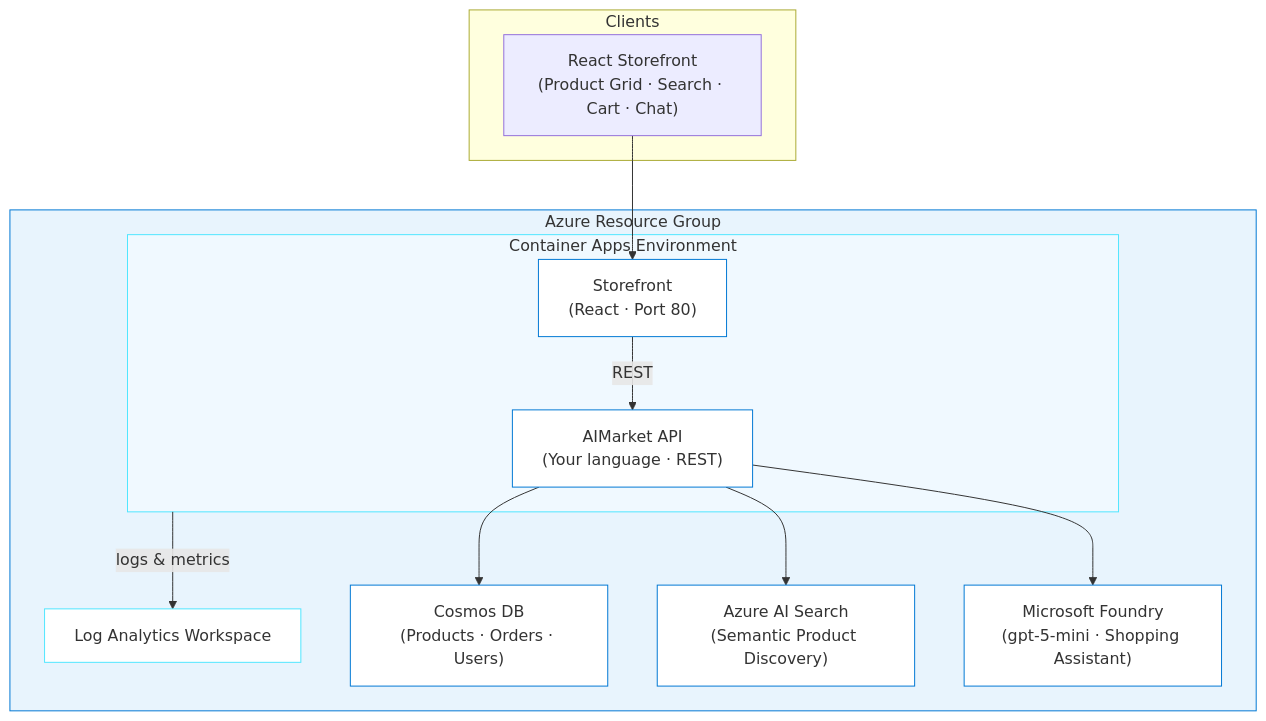
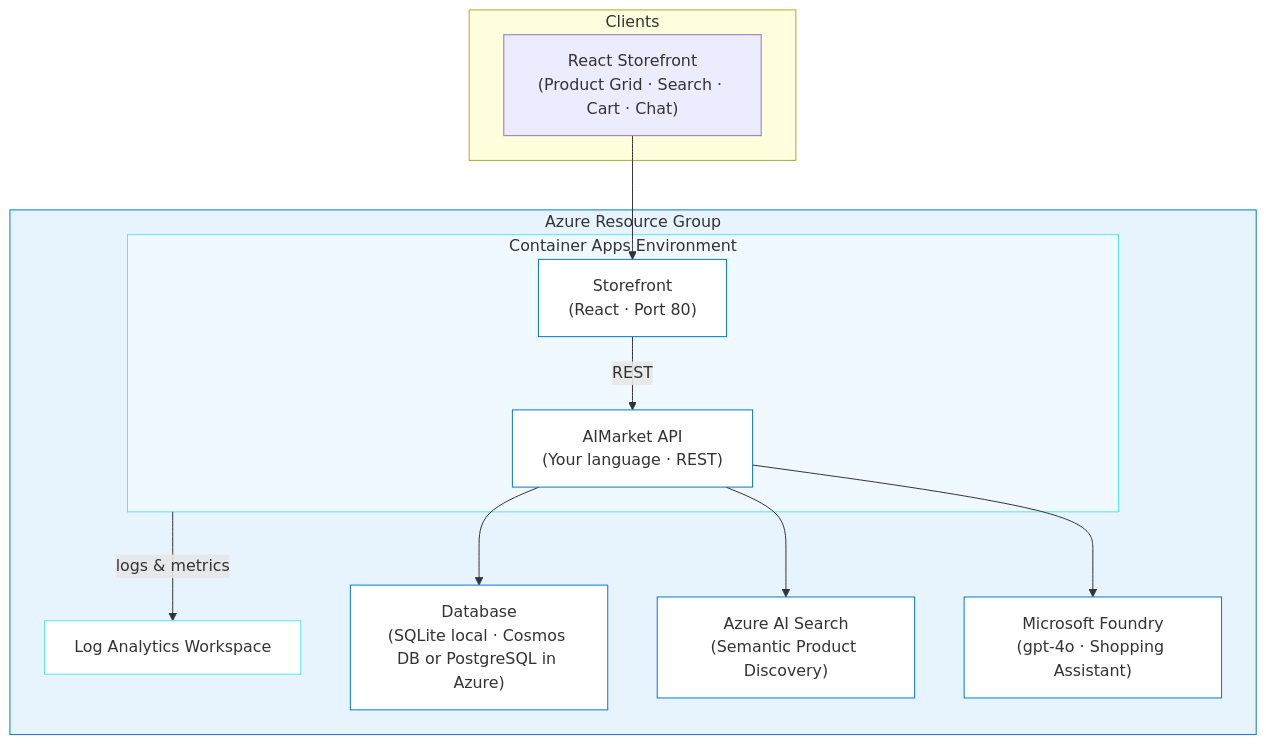
The diagram in journeys/aimarket/README.md (DanWahlin/github-azure-agentic-journeys), drawn with Mermaid before and after one commit. The commit also changed other lines of this file and 3 other files, not shown here.

````diff
--- a/journeys/aimarket/README.md
+++ b/journeys/aimarket/README.md
@@ -30,33 +30,33 @@
 ```mermaid
 graph TB
     subgraph Clients
         WEB["React Storefront<br/>(Product Grid · Search · Cart · Chat)"]
     end
 
     subgraph RG["Azure Resource Group"]
         LA["Log Analytics Workspace"]
         subgraph CAE["Container Apps Environment"]
             API["AIMarket API<br/>(Your language · REST)"]
             FRONTEND["Storefront<br/>(React · Port 80)"]
         end
-        COSMOS["Cosmos DB<br/>(Products · Orders · Users)"]
+        DB["Database<br/>(SQLite local · Cosmos DB or PostgreSQL in Azure)"]
         SEARCH["Azure AI Search<br/>(Semantic Product Discovery)"]
-        AOAI["Microsoft Foundry<br/>(gpt-5-mini · Shopping Assistant)"]
+        AOAI["Microsoft Foundry<br/>(gpt-4o · Shopping Assistant)"]
     end
 
     WEB --> FRONTEND
     FRONTEND -->|REST| API
-    API --> COSMOS
+    API --> DB
     API --> SEARCH
     API --> AOAI
     CAE -->|logs & metrics| LA
 
     style RG fill:#e8f4fd,stroke:#0078D4
     style CAE fill:#f0f9ff,stroke:#50e6ff
     style API fill:#fff,stroke:#0078D4
     style FRONTEND fill:#fff,stroke:#0078D4
-    style COSMOS fill:#fff,stroke:#0078D4
+    style DB fill:#fff,stroke:#0078D4
     style SEARCH fill:#fff,stroke:#0078D4
     style AOAI fill:#fff,stroke:#0078D4
     style LA fill:#fff,stroke:#50e6ff
 ```
````
